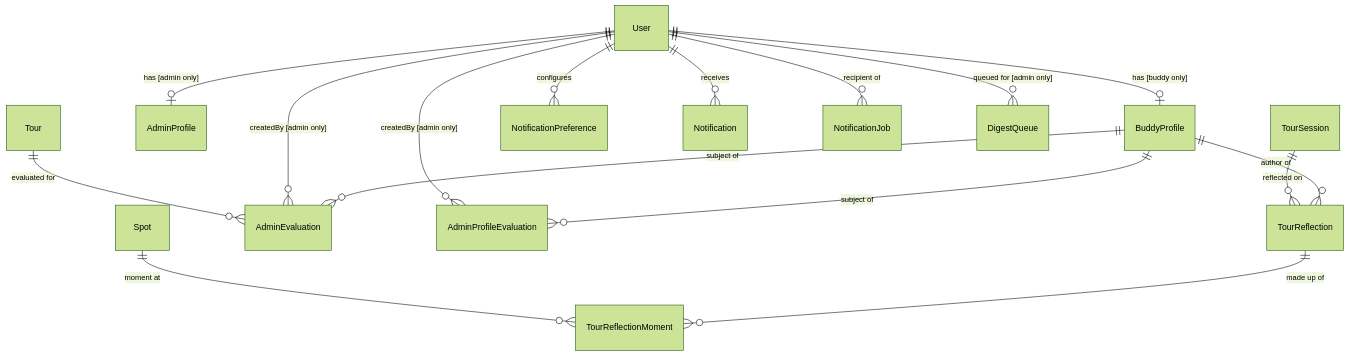
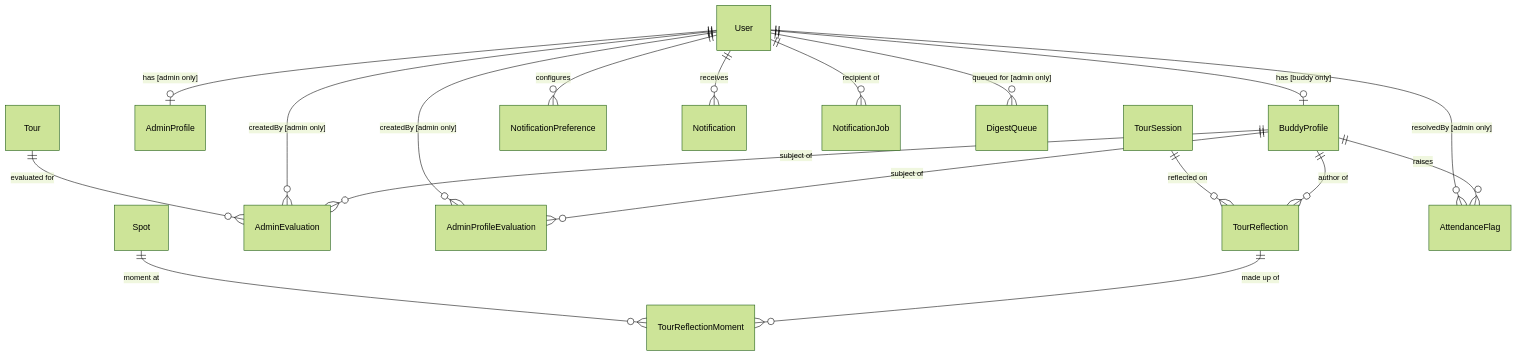
The first of 2 diagrams in docs/data-model.md (Lynns0416/buddy-app-copy), drawn with Mermaid (forest theme) before and after one commit. The commit also changed other lines of this file and 75 other files, not shown here.

First line of the commit message:
Feat/admin/262 attendance record and working hours (#271)

````diff
--- a/docs/data-model.md
+++ b/docs/data-model.md
@@ -9,23 +9,26 @@
 ```mermaid
 erDiagram
     User ||--o| BuddyProfile : "has [buddy only]"
     User ||--o| AdminProfile : "has [admin only]"
 
     BuddyProfile ||--o{ TourReflection : "author of"
     BuddyProfile ||--o{ AdminEvaluation : "subject of"
     BuddyProfile ||--o{ AdminProfileEvaluation : "subject of"
 
     User ||--o{ AdminEvaluation : "createdBy [admin only]"
     User ||--o{ AdminProfileEvaluation : "createdBy [admin only]"
 
     TourSession ||--o{ TourReflection : "reflected on"
     Tour ||--o{ AdminEvaluation : "evaluated for"
 
     TourReflection ||--o{ TourReflectionMoment : "made up of"
     Spot ||--o{ TourReflectionMoment : "moment at"
 
     User ||--o{ NotificationPreference : "configures"
     User ||--o{ Notification : receives
     User ||--o{ NotificationJob : "recipient of"
     User ||--o{ DigestQueue : "queued for [admin only]"
+
+    BuddyProfile ||--o{ AttendanceFlag : "raises"
+    User ||--o{ AttendanceFlag : "resolvedBy [admin only]"
 ```
````
